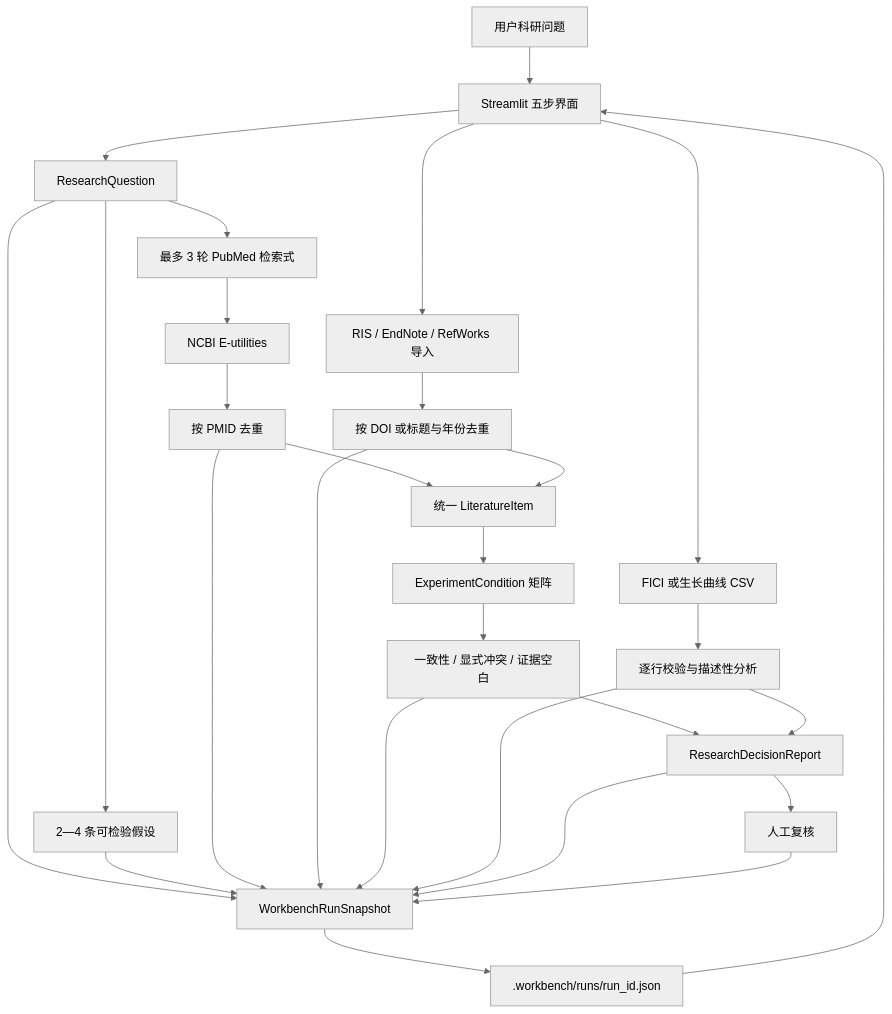
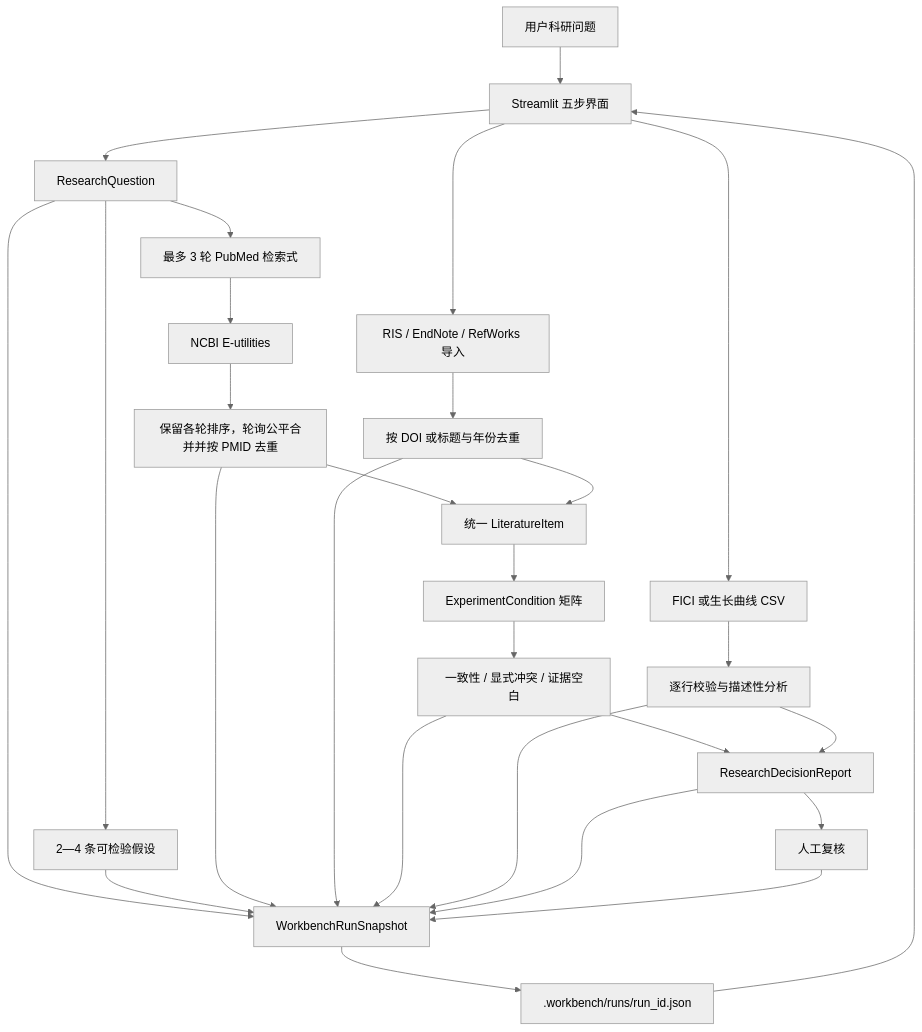
The first of 2 diagrams in docs/ARCHITECTURE.md (Funluned/vetagenteviidence), drawn with Mermaid (neutral theme) before and after one commit. The commit also changed other lines of this file and 9 other files, not shown here.

````diff
--- a/docs/ARCHITECTURE.md
+++ b/docs/ARCHITECTURE.md
@@ -11,34 +11,34 @@
 ```mermaid
 flowchart TD
     U["用户科研问题"] --> UI["Streamlit 五步界面"]
     UI --> Q["ResearchQuestion"]
     Q --> H["2—4 条可检验假设"]
     Q --> P["最多 3 轮 PubMed 检索式"]
     P --> N["NCBI E-utilities"]
-    N --> D["按 PMID 去重"]
+    N --> D["保留各轮排序，轮询公平合并并按 PMID 去重"]
 
     UI --> I["RIS / EndNote / RefWorks 导入"]
     I --> ID["按 DOI 或标题与年份去重"]
 
     D --> L["统一 LiteratureItem"]
     ID --> L
     L --> C["ExperimentCondition 矩阵"]
     C --> A["一致性 / 显式冲突 / 证据空白"]
 
     UI --> CSV["FICI 或生长曲线 CSV"]
     CSV --> X["逐行校验与描述性分析"]
     A --> R["ResearchDecisionReport"]
     X --> R
     R --> HR["人工复核"]
 
     Q --> S["WorkbenchRunSnapshot"]
     H --> S
     D --> S
     ID --> S
     A --> S
     X --> S
     R --> S
     HR --> S
     S --> FS[".workbench/runs/run_id.json"]
     FS --> UI
 ```
````
